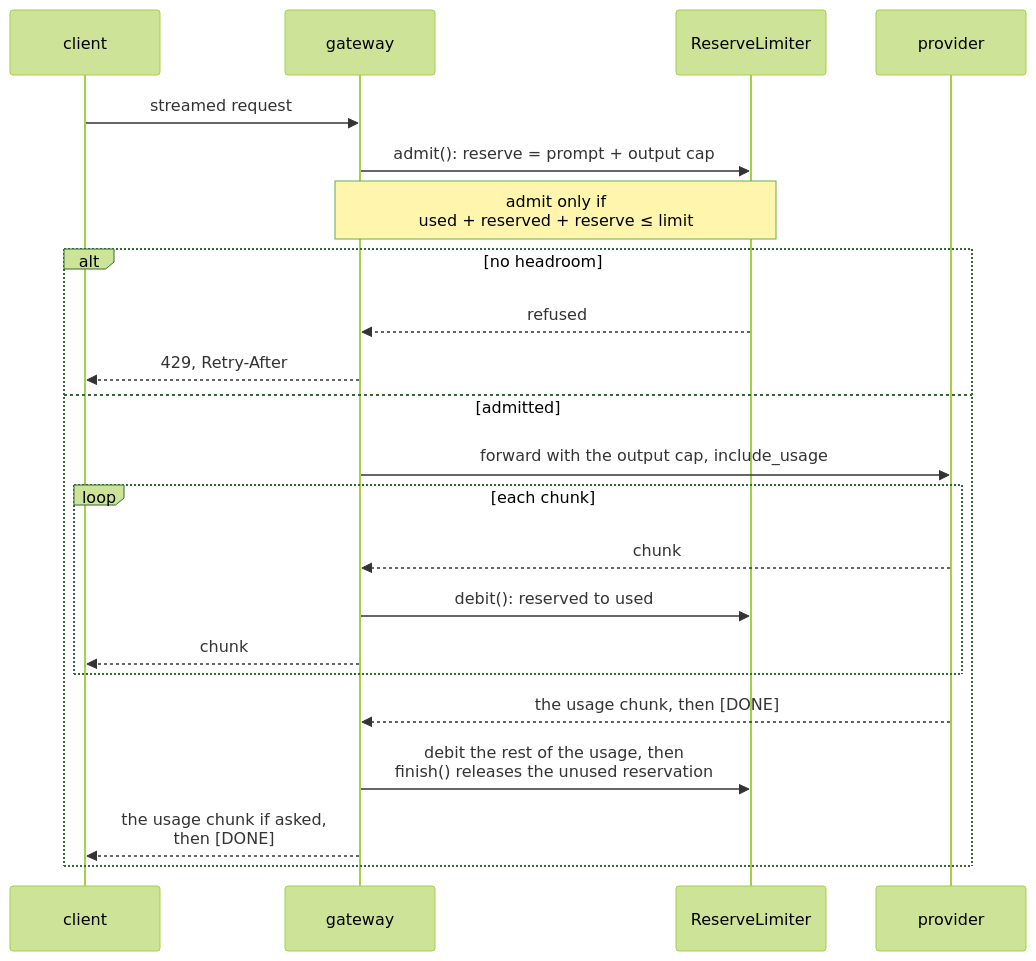
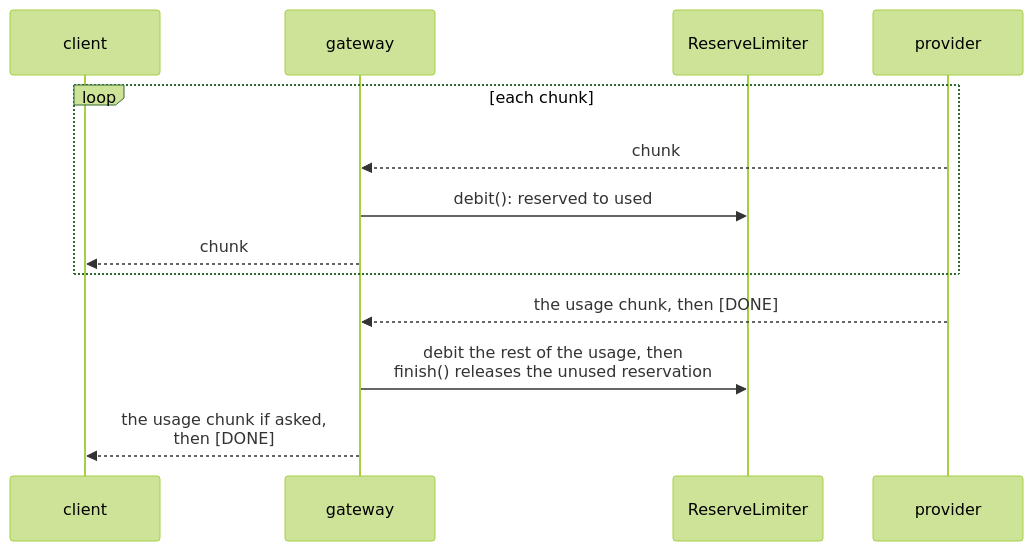
The sixth of 9 diagrams in 06-gateway/llm-gateway/PRIMER.md (aniryou/full-stack-agentic-engineer), drawn with Mermaid (forest theme) before and after one commit. The commit also changed other lines of this file and 105 other files, not shown here.

````diff
--- a/06-gateway/llm-gateway/PRIMER.md
+++ b/06-gateway/llm-gateway/PRIMER.md
@@ -587,24 +599,15 @@
 ```mermaid
 sequenceDiagram
     participant C as client
     participant G as gateway
     participant L as ReserveLimiter
     participant P as provider
-    C->>G: streamed request
-    G->>L: admit(): reserve = prompt + output cap
-    Note over G,L: admit only if<br/>used + reserved + reserve ≤ limit
-    alt no headroom
-        L-->>G: refused
-        G-->>C: 429, Retry-After
-    else admitted
-        G->>P: forward with the output cap, include_usage
-        loop each chunk
-            P-->>G: chunk
-            G->>L: debit(): reserved to used
-            G-->>C: chunk
-        end
-        P-->>G: the usage chunk, then [DONE]
-        G->>L: debit the rest of the usage, then<br/>finish() releases the unused reservation
-        G-->>C: the usage chunk if asked,<br/>then [DONE]
+    loop each chunk
+        P-->>G: chunk
+        G->>L: debit(): reserved to used
+        G-->>C: chunk
     end
+    P-->>G: the usage chunk, then [DONE]
+    G->>L: debit the rest of the usage, then<br/>finish() releases the unused reservation
+    G-->>C: the usage chunk if asked,<br/>then [DONE]
 ```
````
